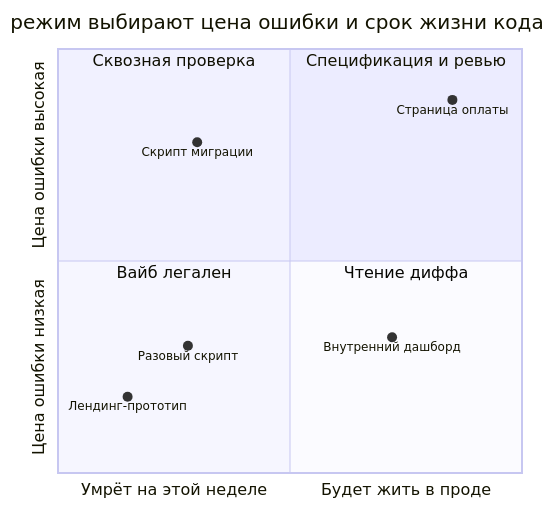
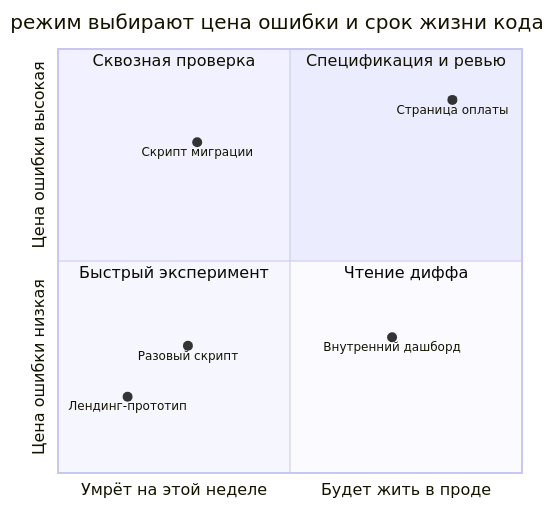
Before and after one commit to Rastavelli/agentic-coding-design-patterns: the diagram in book/ru/vibe-coding.md, drawn with Mermaid. The commit also changed other lines of this file and 24 other files, not shown here.

Commit message:
docs: finish Russian prose review and align diagram captions

````diff
--- a/book/ru/vibe-coding.md
+++ b/book/ru/vibe-coding.md
@@ -70,17 +47,17 @@
 ```mermaid
 ---
 title: режим выбирают цена ошибки и срок жизни кода
 ---
 quadrantChart
   x-axis "Умрёт на этой неделе" --> "Будет жить в проде"
   y-axis "Цена ошибки низкая" --> "Цена ошибки высокая"
   quadrant-1 Спецификация и ревью
   quadrant-2 Сквозная проверка
-  quadrant-3 Вайб легален
+  quadrant-3 Быстрый эксперимент
   quadrant-4 Чтение диффа
   Лендинг-прототип: [0.15, 0.18]
   Разовый скрипт: [0.28, 0.3]
   Скрипт миграции: [0.3, 0.78]
   Внутренний дашборд: [0.72, 0.32]
   Страница оплаты: [0.85, 0.88]
 ```
````
